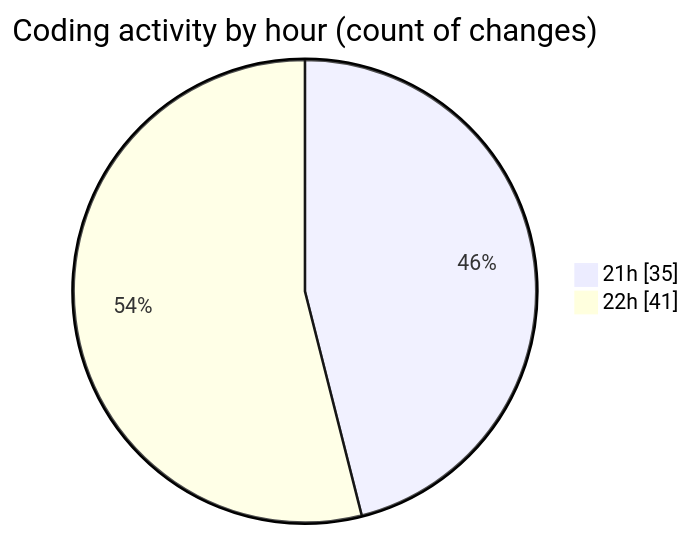
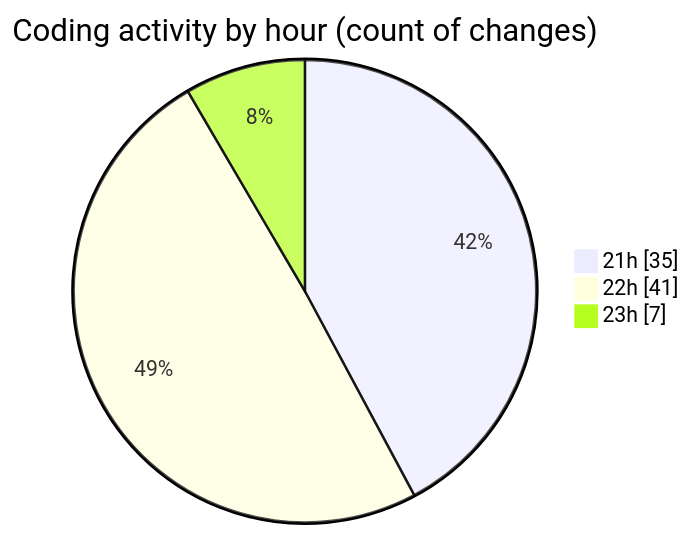
One commit to Ritupan-Deka/code-tracking changed the second of 2 diagrams in 2025-01-19/typing_game/README.md. Above: the diagram before and after it, drawn with Mermaid. The commit also changed other lines of this file and 1 other file, not shown here.

````diff
--- a/2025-01-19/typing_game/README.md
+++ b/2025-01-19/typing_game/README.md
@@ -32,6 +32,7 @@
 ```mermaid
 pie showData
 title Coding activity by hour (count of changes)
 "21h" : 35
 "22h" : 41
+"23h" : 7
 ```
````
